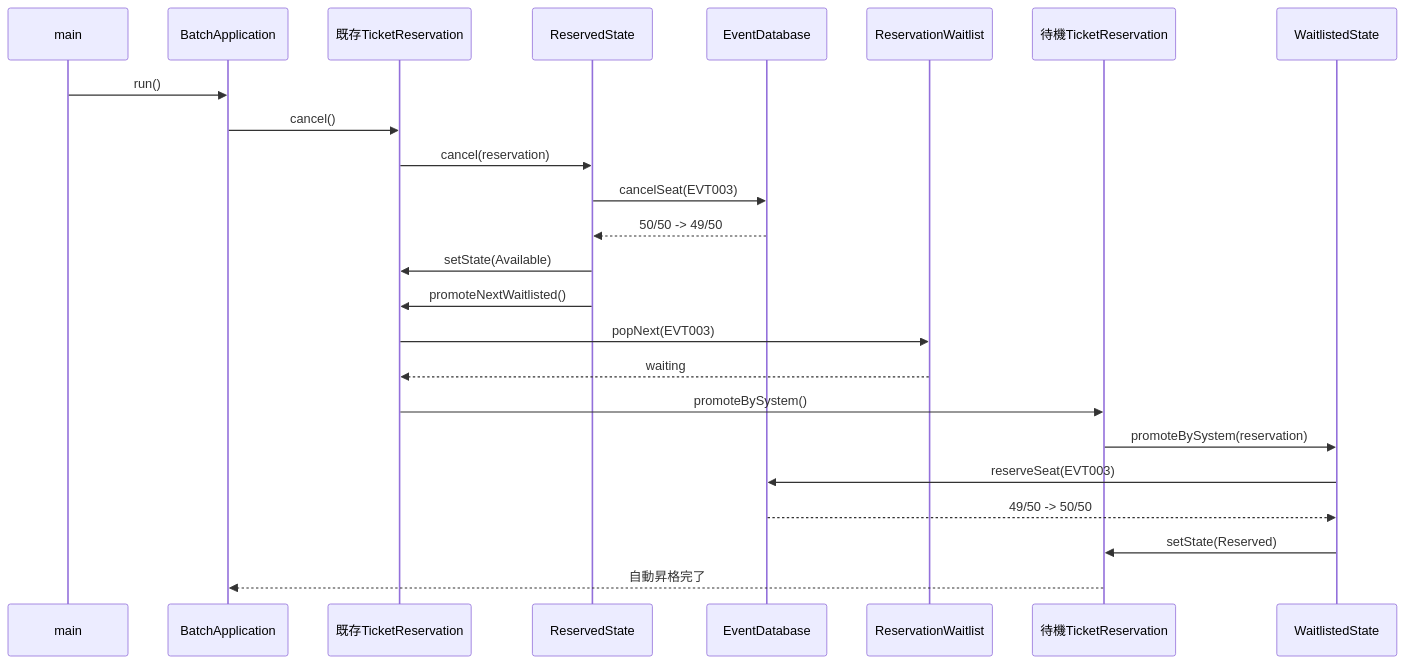
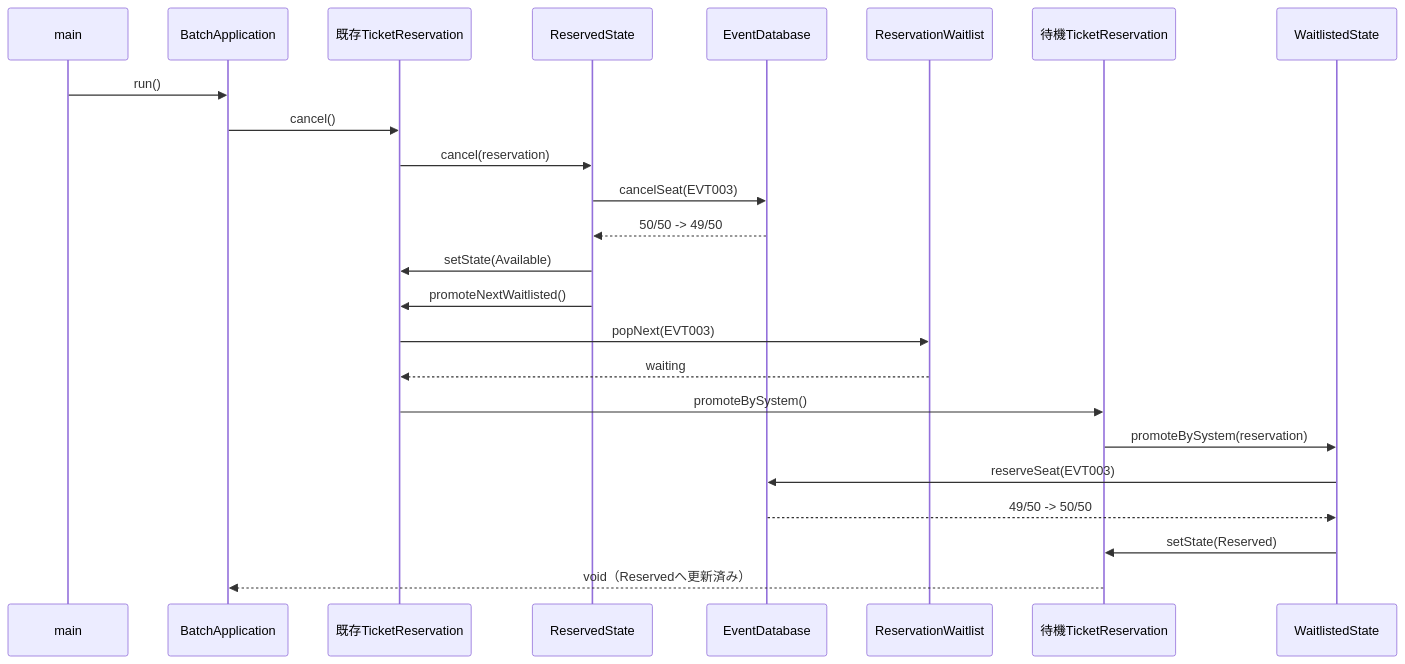
Diagram 17 of 22 in kindle/design-patterns/output/chapter03.md (kumachan1101-pixel/DesignPattern), drawn with Mermaid before and after one commit. The commit also changed other lines of this file and 28 other files, not shown here.

Commit message:
docs: simplify phase 6 design flow

````diff
--- a/kindle/design-patterns/output/chapter03.md
+++ b/kindle/design-patterns/output/chapter03.md
@@ -2320,27 +2254,27 @@
 ```mermaid
 sequenceDiagram
     participant main
     participant BA as BatchApplication
     participant C as 既存TicketReservation
     participant RS as ReservedState
     participant DB as EventDatabase
     participant WQ as ReservationWaitlist
     participant W as 待機TicketReservation
     participant WS as WaitlistedState
 
     main->>BA: run()
     BA->>C: cancel()
     C->>RS: cancel(reservation)
     RS->>DB: cancelSeat(EVT003)
     DB-->>RS: 50/50 -> 49/50
     RS->>C: setState(Available)
     RS->>C: promoteNextWaitlisted()
     C->>WQ: popNext(EVT003)
     WQ-->>C: waiting
     C->>W: promoteBySystem()
     W->>WS: promoteBySystem(reservation)
     WS->>DB: reserveSeat(EVT003)
     DB-->>WS: 49/50 -> 50/50
     WS->>W: setState(Reserved)
-    W-->>BA: 自動昇格完了
+    W-->>BA: void（Reservedへ更新済み）
 ```
````
